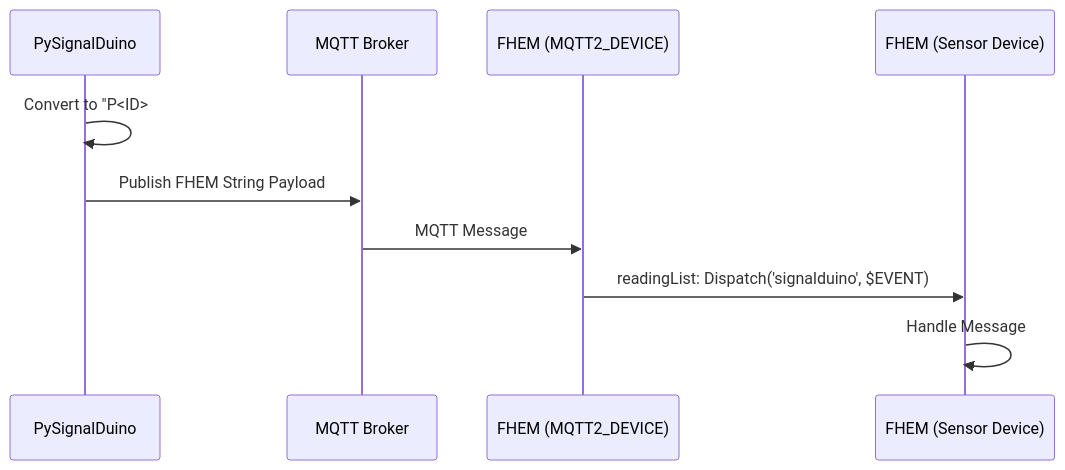
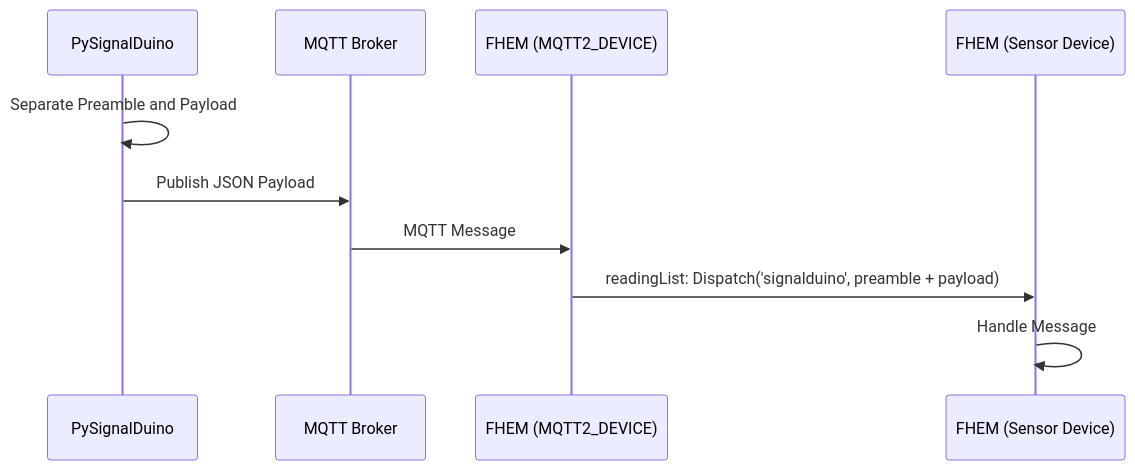
The fourth of 5 diagrams in docs/architecture/proposals/fhem_mqtt_integration.adoc (RFD-FHEM/PySignalduino), drawn with Mermaid before and after one commit. The commit also changed other lines of this file and 5 other files, not shown here.

Commit message:
feat: Implementiere MqttSignalduino_DispatchFromJSON zur Verarbeitung von JSON-Nachrichten und aktualisiere die FHEM-Konfiguration

```diff
--- a/docs/architecture/proposals/fhem_mqtt_integration.adoc
+++ b/docs/architecture/proposals/fhem_mqtt_integration.adoc
@@ -226,14 +236,14 @@
 [mermaid]
 ....
 sequenceDiagram
     participant P as PySignalDuino
     participant M as MQTT Broker
     participant F as FHEM (MQTT2_DEVICE)
     participant D as FHEM (Sensor Device)
 
-    P ->> P: Convert to "P<ID>#<DATA>" String
-    P ->> M: Publish FHEM String Payload
+    P ->> P: Separate Preamble and Payload
+    P ->> M: Publish JSON Payload
     M ->> F: MQTT Message
-    F ->> D: readingList: Dispatch('signalduino', $EVENT)
+    F ->> D: readingList: Dispatch('signalduino', preamble + payload)
     D ->> D: Handle Message
 ....
```
